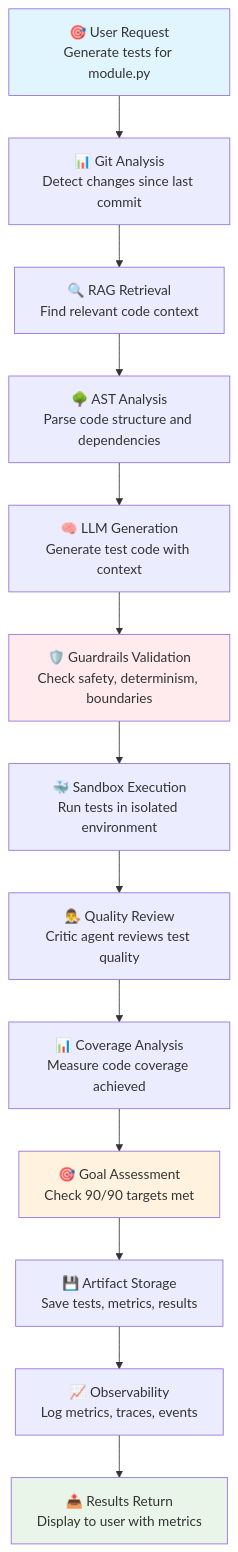
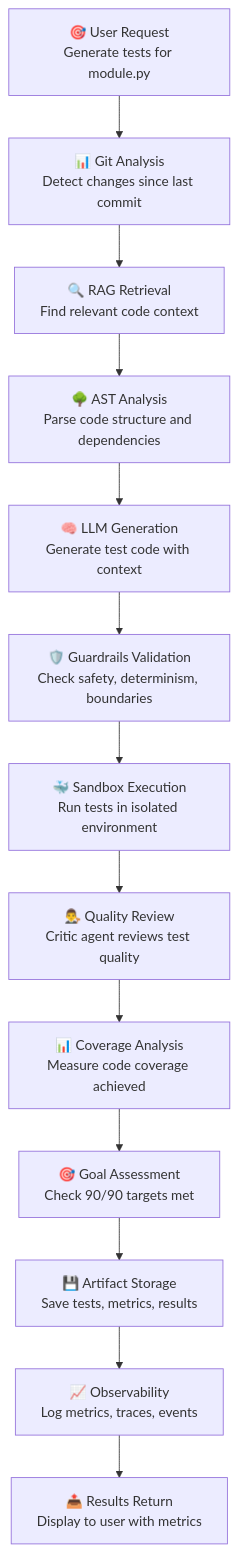
The fourth of 13 diagrams in ARCHITECTURE.md (narenallam/AgenticTestGenerator), drawn with Mermaid before and after one commit. The commit also changed other lines of this file, not shown here.

````diff
--- a/ARCHITECTURE.md
+++ b/ARCHITECTURE.md
@@ -322,20 +322,17 @@
 ```mermaid
 flowchart TD
+
     A[🎯 User Request<br/>Generate tests for module.py] --> B[📊 Git Analysis<br/>Detect changes since last commit]
     B --> C[🔍 RAG Retrieval<br/>Find relevant code context]
     C --> D[🌳 AST Analysis<br/>Parse code structure and dependencies]
     D --> E[🧠 LLM Generation<br/>Generate test code with context]
     E --> F[🛡️ Guardrails Validation<br/>Check safety, determinism, boundaries]
     F --> G[🐳 Sandbox Execution<br/>Run tests in isolated environment]
     G --> H[👨‍⚖️ Quality Review<br/>Critic agent reviews test quality]
     H --> I[📊 Coverage Analysis<br/>Measure code coverage achieved]
     I --> J[🎯 Goal Assessment<br/>Check 90/90 targets met]
     J --> K[💾 Artifact Storage<br/>Save tests, metrics, results]
     K --> L[📈 Observability<br/>Log metrics, traces, events]
     L --> M[📤 Results Return<br/>Display to user with metrics]
 
-    style A fill:#e1f5fe
-    style M fill:#e8f5e8
-    style F fill:#ffebee
-    style J fill:#fff3e0
 ```
````
